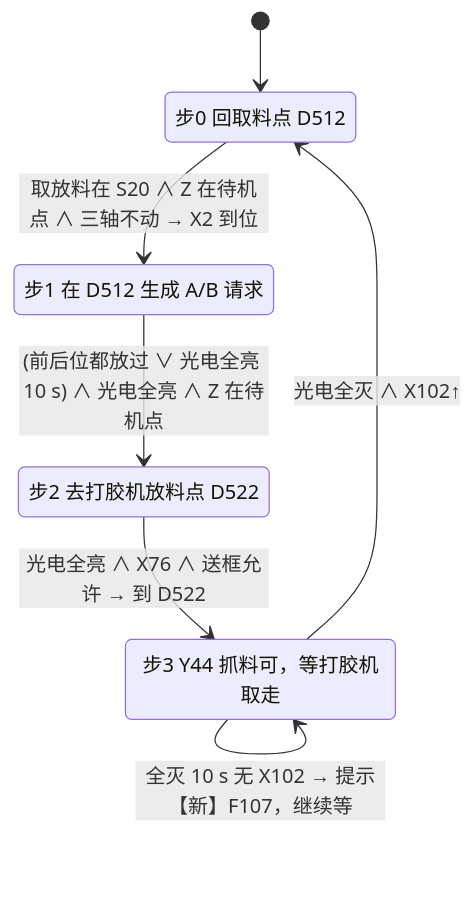
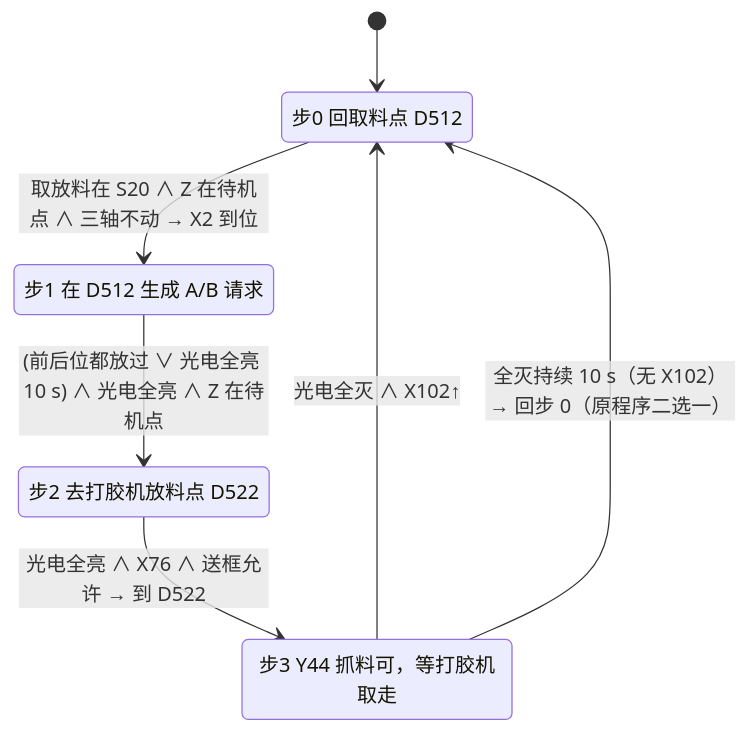
The sixth of 7 diagrams in 0100_PLC自动化/DJ-2026-005/02_PLC程序/PLC_ST/00_程序方案/018_自动工艺流程图_FLOW.md (baiyangfu-hash/WorkSpacePM), drawn with Mermaid before and after one commit. The commit also changed 9 other files, not shown here.

````diff
--- a/0100_PLC自动化/DJ-2026-005/02_PLC程序/PLC_ST/00_程序方案/018_自动工艺流程图_FLOW.md
+++ b/0100_PLC自动化/DJ-2026-005/02_PLC程序/PLC_ST/00_程序方案/018_自动工艺流程图_FLOW.md
@@ -148,13 +148,13 @@
 ```mermaid
 stateDiagram-v2
     [*] --> T0
     T0: 步0 回取料点 D512
     T1: 步1 在 D512 生成 A/B 请求
     T2: 步2 去打胶机放料点 D522
     T3: 步3 Y44 抓料可，等打胶机取走
     T0 --> T1: 取放料在 S20 ∧ Z 在待机点 ∧ 三轴不动 → X2 到位
     T1 --> T2: (前后位都放过 ∨ 光电全亮 10 s) ∧ 光电全亮 ∧ Z 在待机点
     T2 --> T3: 光电全亮 ∧ X76 ∧ 送框允许 → 到 D522
     T3 --> T0: 光电全灭 ∧ X102↑
-    T3 --> T3: 全灭 10 s 无 X102 → 提示【新】F107，继续等
+    T3 --> T0: 全灭持续 10 s（无 X102）→ 回步 0（原程序二选一）
 ```
````
